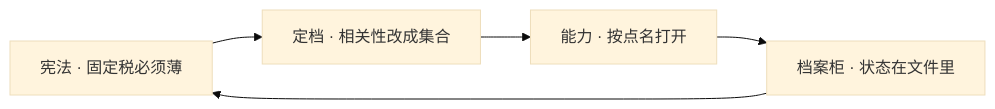
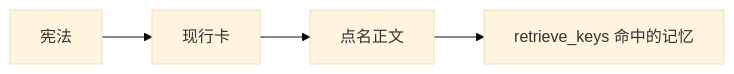
The second of 5 diagrams in README.md (limoaCatherine/game-studio-harness), drawn with Mermaid (base theme) before and after one commit. The commit also changed other lines of this file and 1198 other files, not shown here.

````diff
--- a/README.md
+++ b/README.md
@@ -9,8 +88,6 @@
 ```mermaid
 flowchart LR
-  L1[宪法 · 固定税必须薄]
-  L2[定档 · 相关性改成集合]
-  L3[能力 · 按点名打开]
-  L4[档案柜 · 状态在文件里]
-  L1 --> L2 --> L3 --> L4 --> L1
+  A[宪法] --> B[现行卡]
+  B --> C[点名正文]
+  C --> D[retrieve_keys 命中的记忆]
 ```
````
